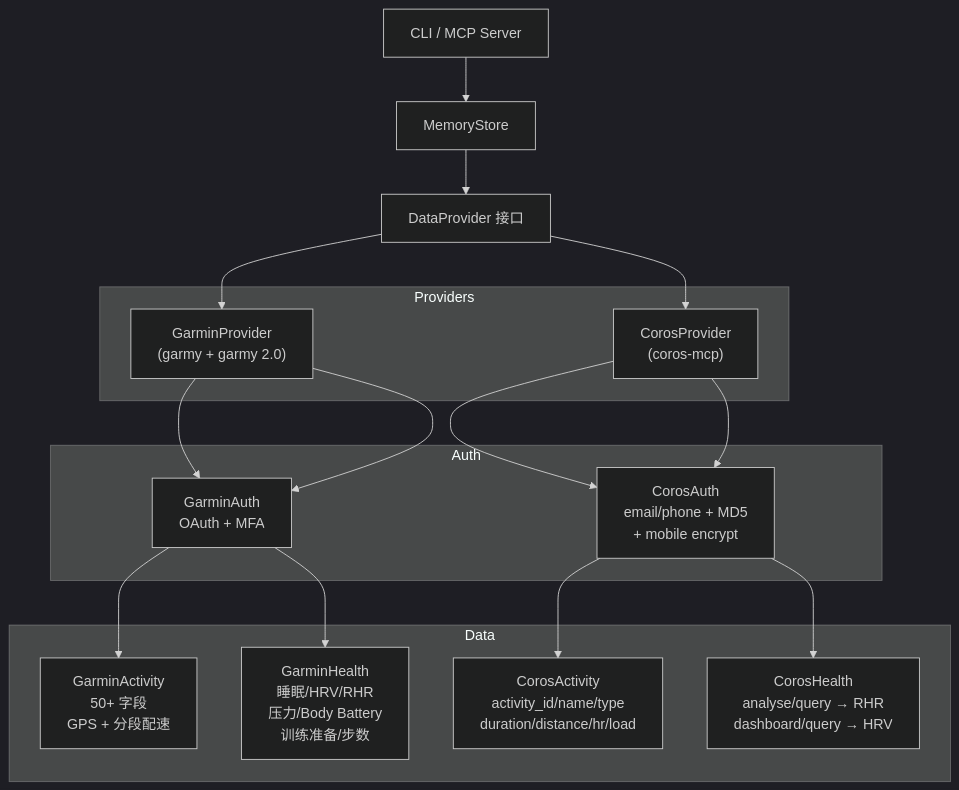
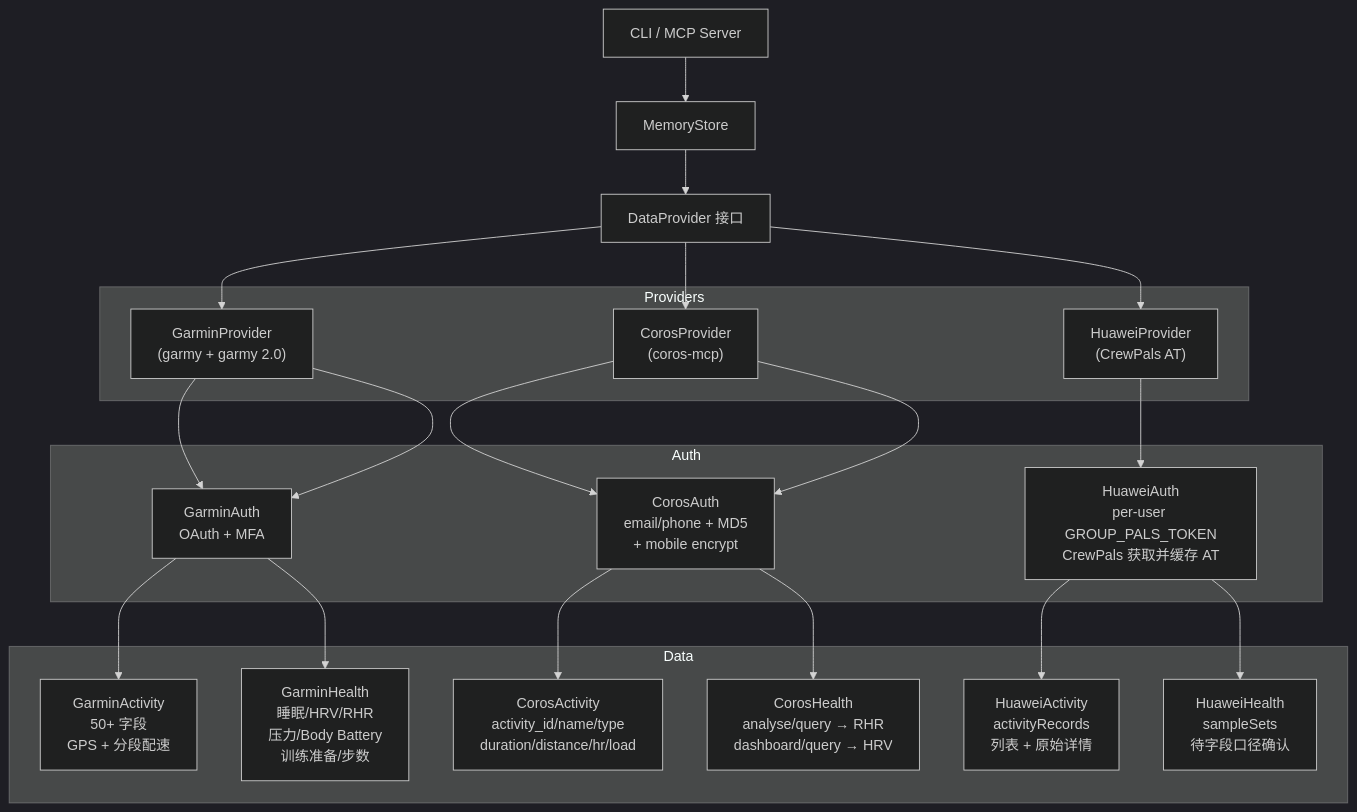
One commit to qd1993102/rundown changed the diagram in docs/design/12-multi-platform.md. Above: the diagram before and after it, drawn with Mermaid (dark theme). The commit also changed other lines of this file and 20 other files, not shown here.

````diff
--- a/docs/design/12-multi-platform.md
+++ b/docs/design/12-multi-platform.md
@@ -20,32 +20,39 @@
 ```mermaid
 graph TD
     CLI["CLI / MCP Server"]
     MEMORY["MemoryStore"]
     PROVIDER["DataProvider 接口"]
 
     subgraph Providers
         GARMIN["GarminProvider<br/>(garmy + garmy 2.0)"]
         COROS["CorosProvider<br/>(coros-mcp)"]
+        HUAWEI["HuaweiProvider<br/>(CrewPals AT)"]
     end
 
     subgraph Auth
         GA["GarminAuth<br/>OAuth + MFA"]
         CA["CorosAuth<br/>email/phone + MD5<br/>+ mobile encrypt"]
+        HA["HuaweiAuth<br/>per-user GROUP_PALS_TOKEN<br/>CrewPals 获取并缓存 AT"]
     end
 
     subgraph Data
         G_ACT["GarminActivity<br/>50+ 字段<br/>GPS + 分段配速"]
         C_ACT["CorosActivity<br/>activity_id/name/type<br/>duration/distance/hr/load"]
+        H_ACT["HuaweiActivity<br/>activityRecords<br/>列表 + 原始详情"]
         G_HEALTH["GarminHealth<br/>睡眠/HRV/RHR<br/>压力/Body Battery<br/>训练准备/步数"]
         C_HEALTH["CorosHealth<br/>analyse/query → RHR<br/>dashboard/query → HRV"]
+        H_HEALTH["HuaweiHealth<br/>sampleSets<br/>待字段口径确认"]
     end
 
     CLI --> MEMORY
     MEMORY --> PROVIDER
     PROVIDER --> GARMIN
     PROVIDER --> COROS
+    PROVIDER --> HUAWEI
     GARMIN --> GA --> G_ACT
     GARMIN --> GA --> G_HEALTH
     COROS --> CA --> C_ACT
     COROS --> CA --> C_HEALTH
+    HUAWEI --> HA --> H_ACT
+    HA --> H_HEALTH
 ```
````
